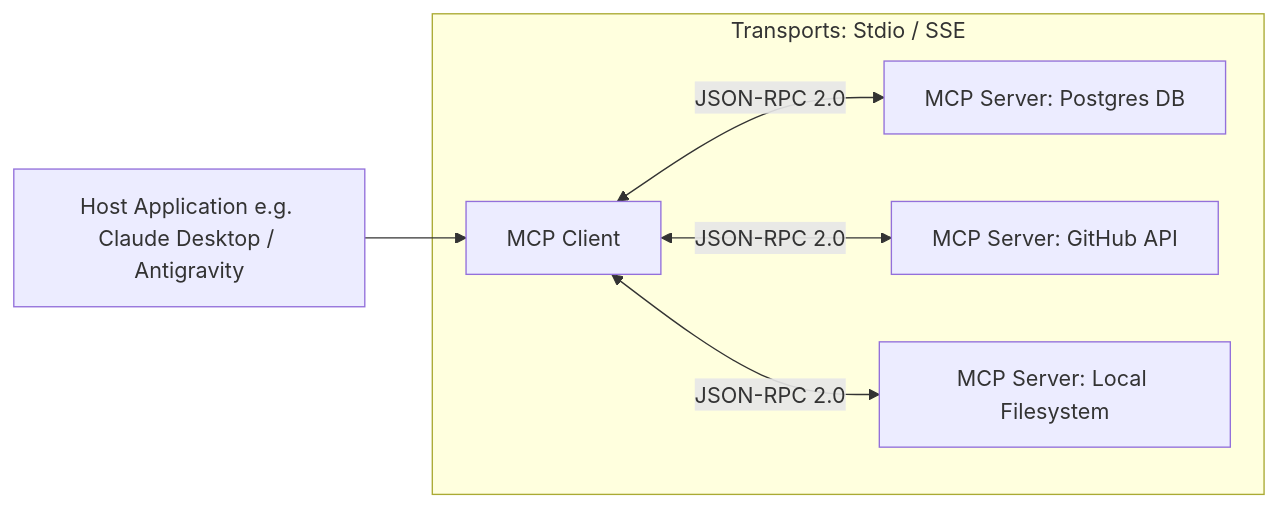
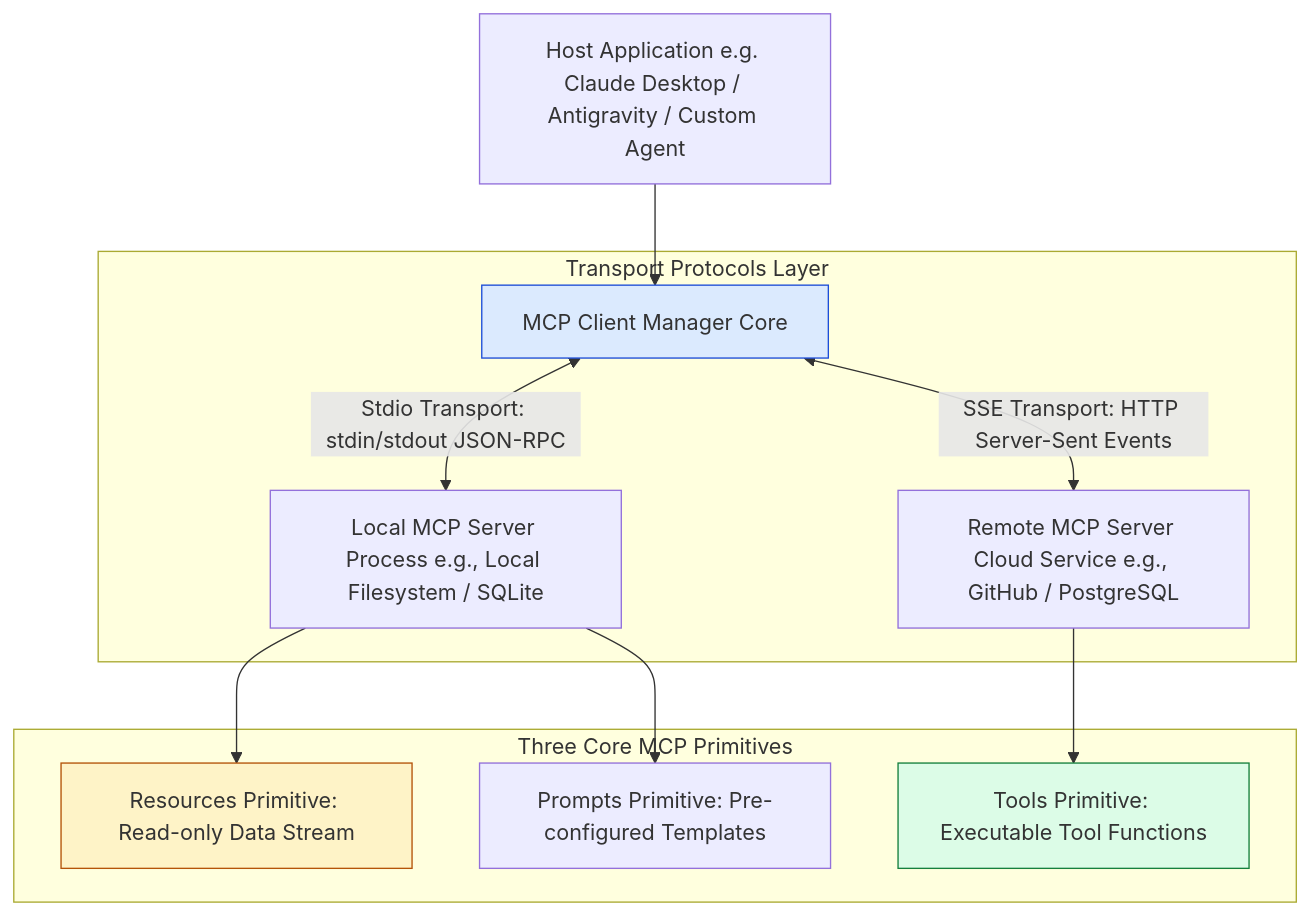
One commit to Amie-dev/engineering-playbook changed the first of 3 diagrams in agentic-ai-notes/00-foundations/17-mcp-model-context-protocol.md. Above: the diagram before and after it, drawn with Mermaid. The commit also changed other lines of this file and 17 other files, not shown here.

Commit message:
Refactor observability and tracing documentation to enhance clarity and detail; expand Model Context Protocol (MCP) architecture with JSON-RPC primitives; update decision framework to emphasize architectural complexity and decision-making processes.

````diff
--- a/agentic-ai-notes/00-foundations/17-mcp-model-context-protocol.md
+++ b/agentic-ai-notes/00-foundations/17-mcp-model-context-protocol.md
@@ -10,10 +13,19 @@
 ```mermaid
-flowchart LR
-    Host[Host Application e.g. Claude Desktop / Antigravity] --> MCPClient[MCP Client]
-    
-    subgraph Transports: Stdio / SSE
-        MCPClient <-->|JSON-RPC 2.0| MCPServer1[MCP Server: Postgres DB]
-        MCPClient <-->|JSON-RPC 2.0| MCPServer2[MCP Server: GitHub API]
-        MCPClient <-->|JSON-RPC 2.0| MCPServer3[MCP Server: Local Filesystem]
+flowchart TD
+    HostApp[Host Application e.g. Claude Desktop / Antigravity / Custom Agent] --> MCPClient[MCP Client Manager Core]
+
+    subgraph Transport Protocols Layer
+        MCPClient <-->|Stdio Transport: stdin/stdout JSON-RPC| LocalServer[Local MCP Server Process e.g., Local Filesystem / SQLite]
+        MCPClient <-->|SSE Transport: HTTP Server-Sent Events| RemoteServer[Remote MCP Server Cloud Service e.g., GitHub / PostgreSQL]
     end
+
+    subgraph Three Core MCP Primitives
+        LocalServer --> Res1[Resources Primitive: Read-only Data Stream]
+        LocalServer --> Prompt1[Prompts Primitive: Pre-configured Templates]
+        RemoteServer --> Tool1[Tools Primitive: Executable Tool Functions]
+    end
+
+    style MCPClient fill:#dbeafe,stroke:#1d4ed8
+    style Tool1 fill:#dcfce7,stroke:#15803d
+    style Res1 fill:#fef3c7,stroke:#b45309
 ```
````
